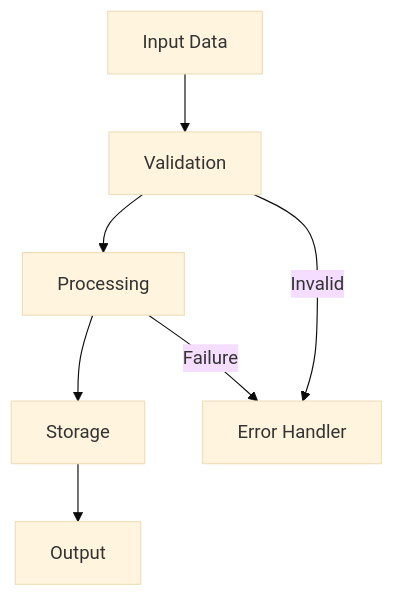
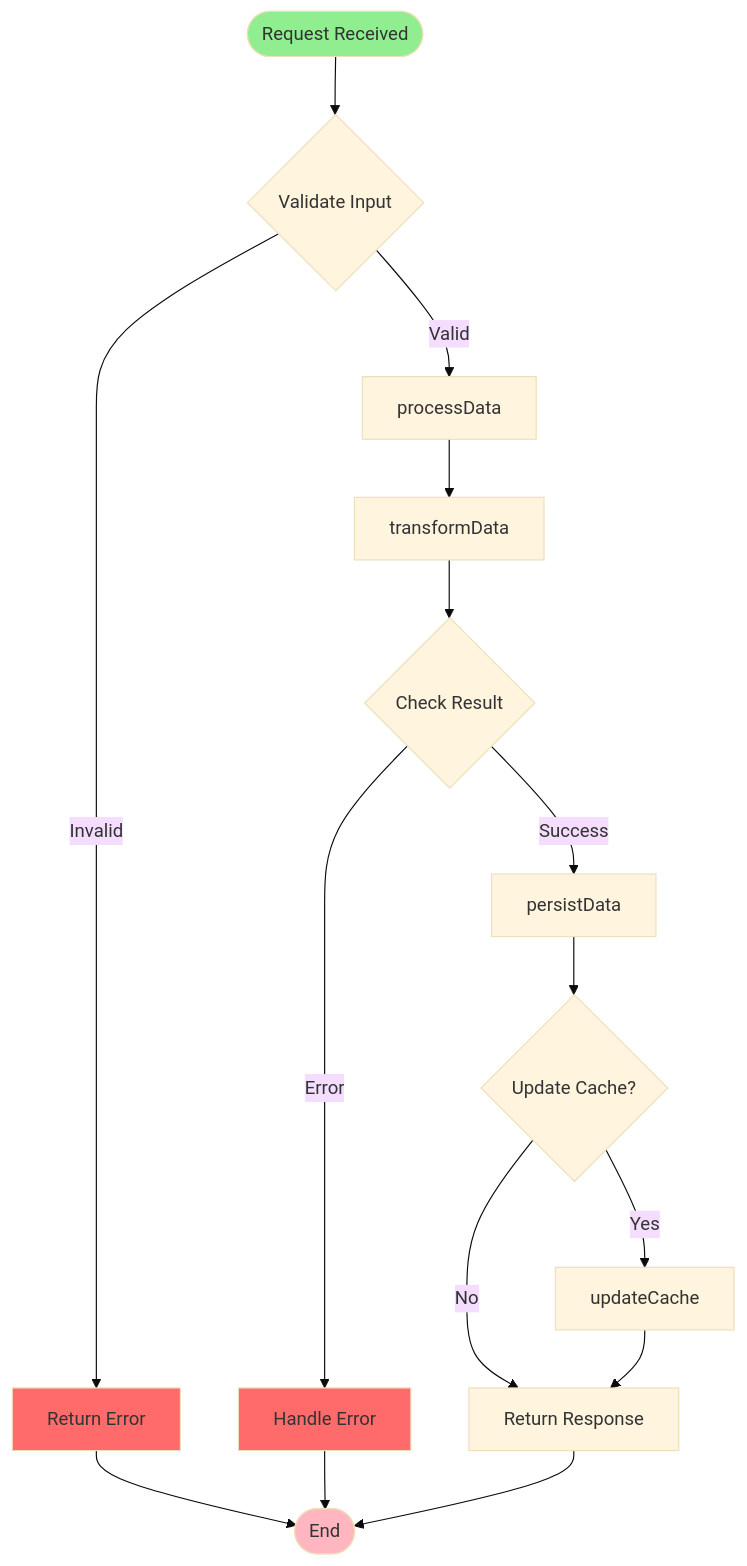
Before and after one commit to kakukaops/deepwiki-rs: the fifth of 6 diagrams in skills/smart-docs-single-gpt/skill.md, drawn with Mermaid (base theme). The commit also changed other lines of this file and 110 other files, not shown here.

````diff
--- a/skills/smart-docs-single-gpt/skill.md
+++ b/skills/smart-docs-single-gpt/skill.md
@@ -732,10 +1822,27 @@
 ```mermaid
 flowchart TD
-    Input[Input Data] --> Validation[Validation]
-    Validation --> Processing[Processing]
-    Processing --> Storage[Storage]
-    Storage --> Output[Output]
+    Start([Request Received]) --> Validate{Validate Input}
     
-    Validation -->|Invalid| Error[Error Handler]
-    Processing -->|Failure| Error
+    Validate -->|Invalid| Error1[Return Error]
+    Validate -->|Valid| Process[processData]
+    
+    Process --> Transform[transformData]
+    Transform --> Check{Check Result}
+    
+    Check -->|Error| Error2[Handle Error]
+    Check -->|Success| Save[persistData]
+    
+    Save --> Cache{Update Cache?}
+    Cache -->|Yes| UpdateCache[updateCache]
+    Cache -->|No| Response
+    
+    UpdateCache --> Response[Return Response]
+    Error1 --> End([End])
+    Error2 --> End
+    Response --> End
+    
+    style Start fill:#90EE90
+    style End fill:#FFB6C1
+    style Error1 fill:#FF6B6B
+    style Error2 fill:#FF6B6B
 ```
````
